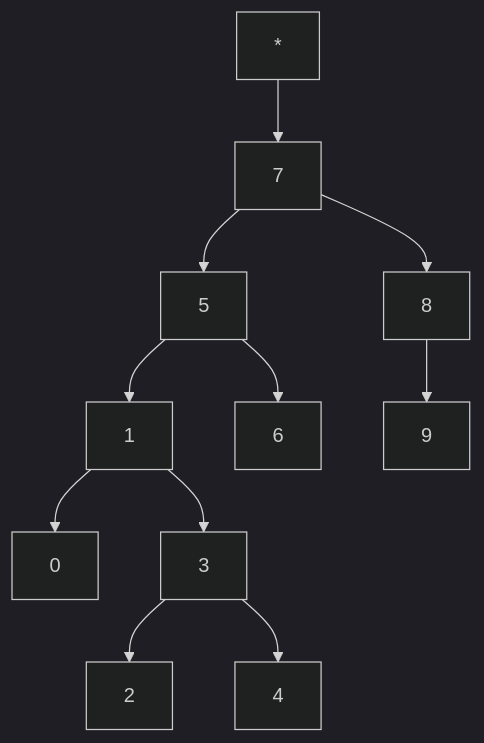
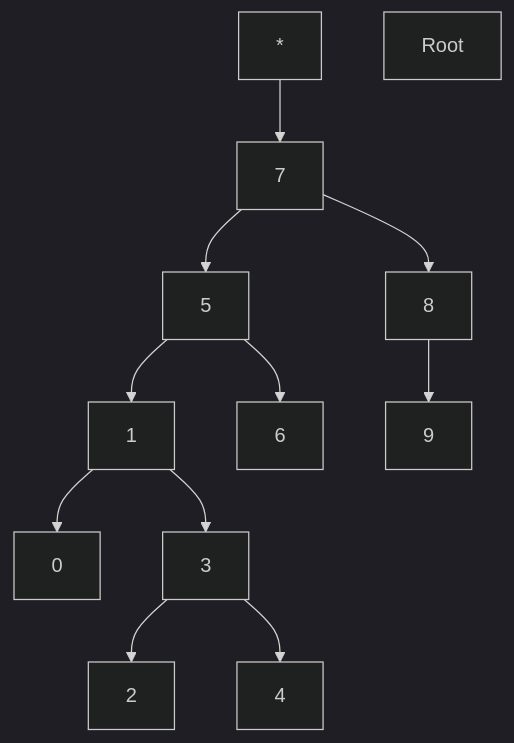
One commit to ceyhansr/Binary-Search-Tree-Project changed the diagram in README.md. Above: the diagram before and after it, drawn with Mermaid (dark theme).

````diff
--- a/README.md
+++ b/README.md
@@ -12,13 +12,13 @@
 ```mermaid
 graph TD;
     *-->7;
-    7-->5;            
+    7-->5;Root            
     7-->8;
     8-->9;
     5-->1;
     5-->6;
     1-->0;
     1-->3;
     3-->2;
     3-->4;
 ```
````
